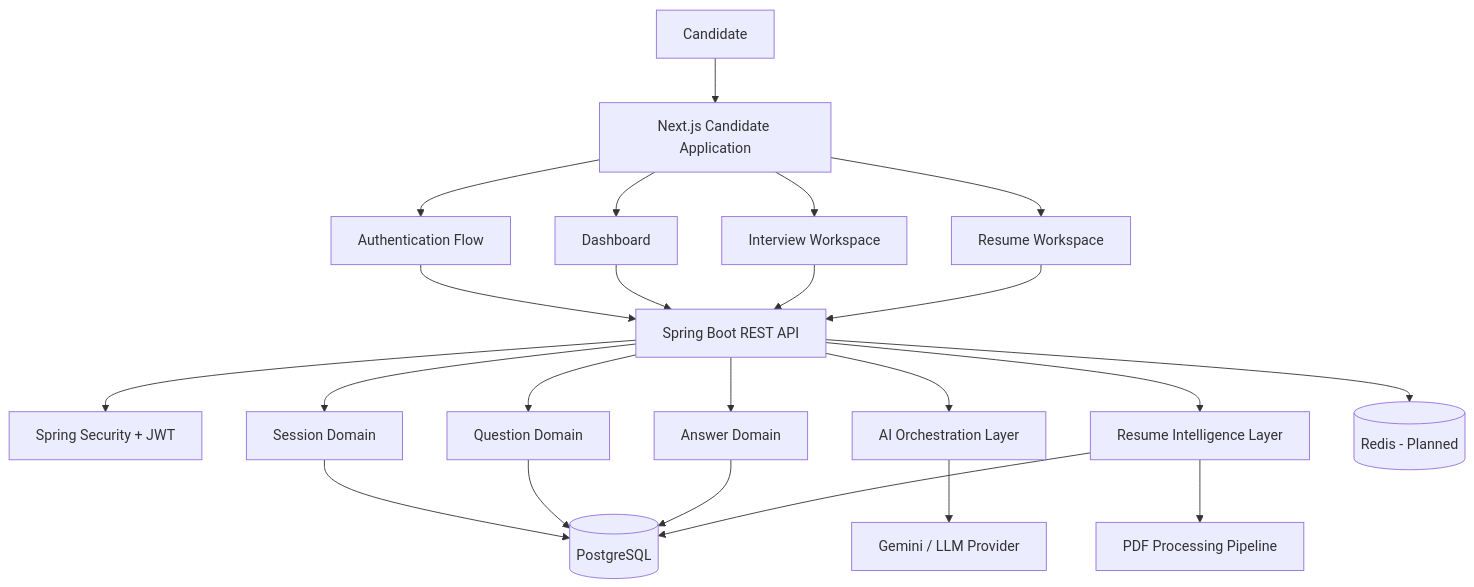
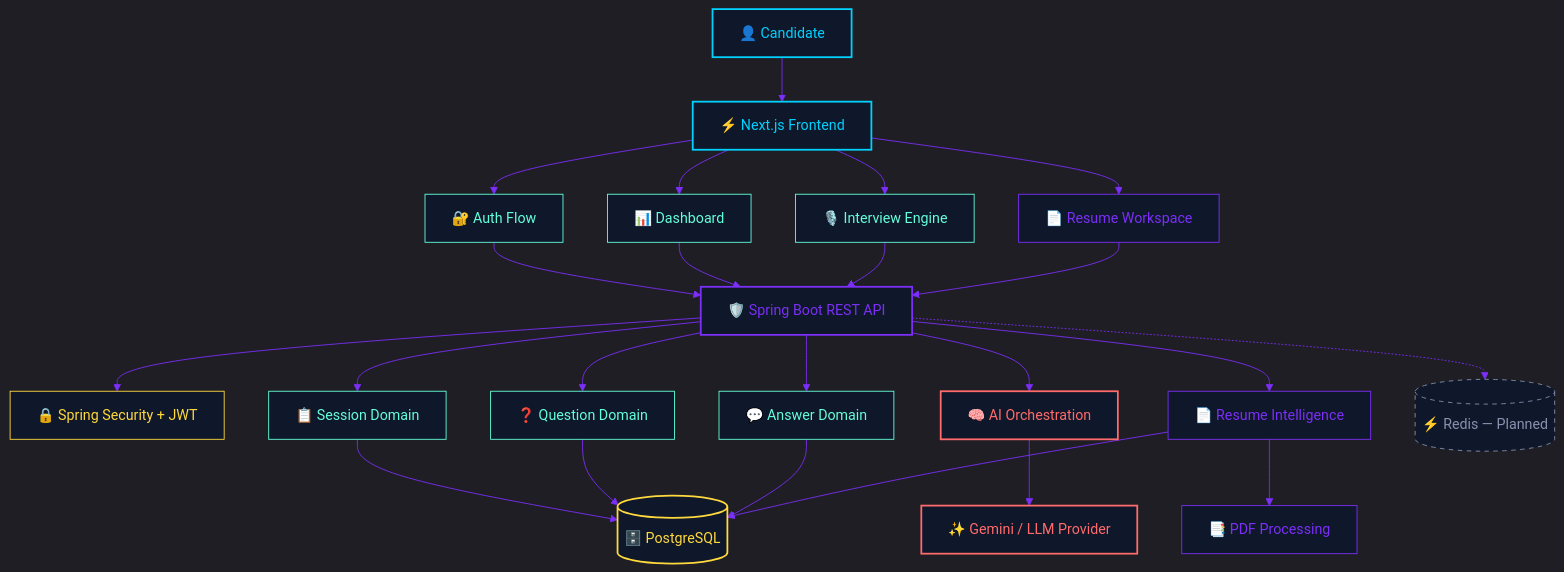
One commit to Jawahar08/interviewforge-ai changed the second of 6 diagrams in README.md. Above: the diagram before and after it, drawn with Mermaid. The commit also changed other lines of this file, not shown here.

Commit message:
docs: add ultimate animated README with Mermaid diagrams, animated headers, and premium formatting

````diff
--- a/README.md
+++ b/README.md
@@ -118,31 +149,51 @@
 ```mermaid
+%%{init: {'theme': 'dark', 'themeVariables': { 'primaryColor': '#1e293b', 'primaryTextColor': '#e2e8f0', 'primaryBorderColor': '#00d2ff', 'lineColor': '#7b2ff7', 'secondaryColor': '#0f172a', 'fontFamily': 'Segoe UI, sans-serif'}}}%%
+
 flowchart TD
-    U[Candidate] --> FE[Next.js Candidate Application]
+    U["👤 Candidate"] --> FE["⚡ Next.js Frontend"]
 
-    FE --> AUTH[Authentication Flow]
-    FE --> DASH[Dashboard]
-    FE --> INT[Interview Workspace]
-    FE --> RES[Resume Workspace]
+    FE --> AUTH["🔐 Auth Flow"]
+    FE --> DASH["📊 Dashboard"]
+    FE --> INT["🎙️ Interview Engine"]
+    FE --> RES["📄 Resume Workspace"]
 
-    AUTH --> API[Spring Boot REST API]
+    AUTH --> API["🛡️ Spring Boot REST API"]
     DASH --> API
     INT --> API
     RES --> API
 
-    API --> SEC[Spring Security + JWT]
-    API --> SESSION[Session Domain]
-    API --> QUESTION[Question Domain]
-    API --> ANSWER[Answer Domain]
-    API --> AI[AI Orchestration Layer]
-    API --> RESUME[Resume Intelligence Layer]
+    API --> SEC["🔒 Spring Security + JWT"]
+    API --> SESSION["📋 Session Domain"]
+    API --> QUESTION["❓ Question Domain"]
+    API --> ANSWER["💬 Answer Domain"]
+    API --> AI["🧠 AI Orchestration"]
+    API --> RESUME["📄 Resume Intelligence"]
 
-    SESSION --> DB[(PostgreSQL)]
+    SESSION --> DB[("🗄️ PostgreSQL")]
     QUESTION --> DB
     ANSWER --> DB
     RESUME --> DB
 
-    AI --> LLM[Gemini / LLM Provider]
-    RESUME --> PDF[PDF Processing Pipeline]
+    AI --> LLM["✨ Gemini / LLM Provider"]
+    RESUME --> PDF["📑 PDF Processing"]
 
-    API --> CACHE[(Redis - Planned)]
+    API -.-> CACHE[("⚡ Redis — Planned")]
+
+    style U fill:#0f172a,stroke:#00d2ff,stroke-width:2px,color:#00d2ff
+    style FE fill:#0f172a,stroke:#00d2ff,stroke-width:2px,color:#00d2ff
+    style API fill:#0f172a,stroke:#7b2ff7,stroke-width:2px,color:#7b2ff7
+    style AI fill:#0f172a,stroke:#ff6b6b,stroke-width:2px,color:#ff6b6b
+    style LLM fill:#0f172a,stroke:#ff6b6b,stroke-width:2px,color:#ff6b6b
+    style DB fill:#0f172a,stroke:#ffd93d,stroke-width:2px,color:#ffd93d
+    style CACHE fill:#0f172a,stroke:#8892b0,stroke-width:1px,color:#8892b0,stroke-dasharray: 5 5
+    style SEC fill:#0f172a,stroke:#ffd93d,stroke-width:1px,color:#ffd93d
+    style SESSION fill:#0f172a,stroke:#64ffda,stroke-width:1px,color:#64ffda
+    style QUESTION fill:#0f172a,stroke:#64ffda,stroke-width:1px,color:#64ffda
+    style ANSWER fill:#0f172a,stroke:#64ffda,stroke-width:1px,color:#64ffda
+    style RESUME fill:#0f172a,stroke:#7b2ff7,stroke-width:1px,color:#7b2ff7
+    style PDF fill:#0f172a,stroke:#7b2ff7,stroke-width:1px,color:#7b2ff7
+    style AUTH fill:#0f172a,stroke:#64ffda,stroke-width:1px,color:#64ffda
+    style DASH fill:#0f172a,stroke:#64ffda,stroke-width:1px,color:#64ffda
+    style INT fill:#0f172a,stroke:#64ffda,stroke-width:1px,color:#64ffda
+    style RES fill:#0f172a,stroke:#7b2ff7,stroke-width:1px,color:#7b2ff7
 ```
````
